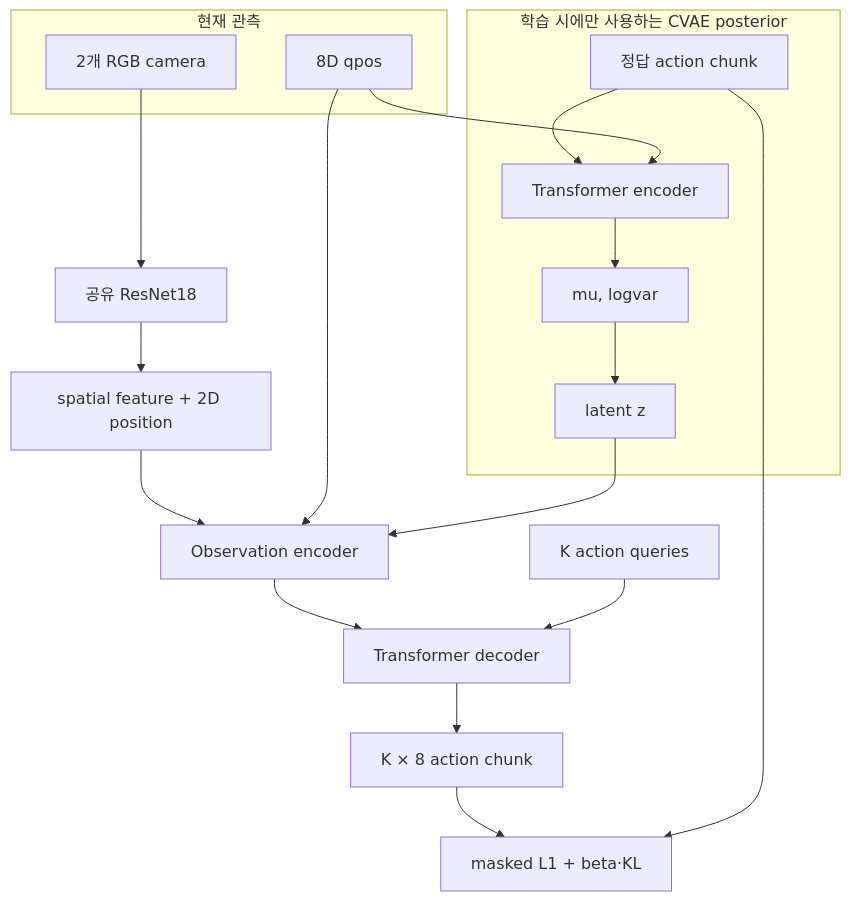
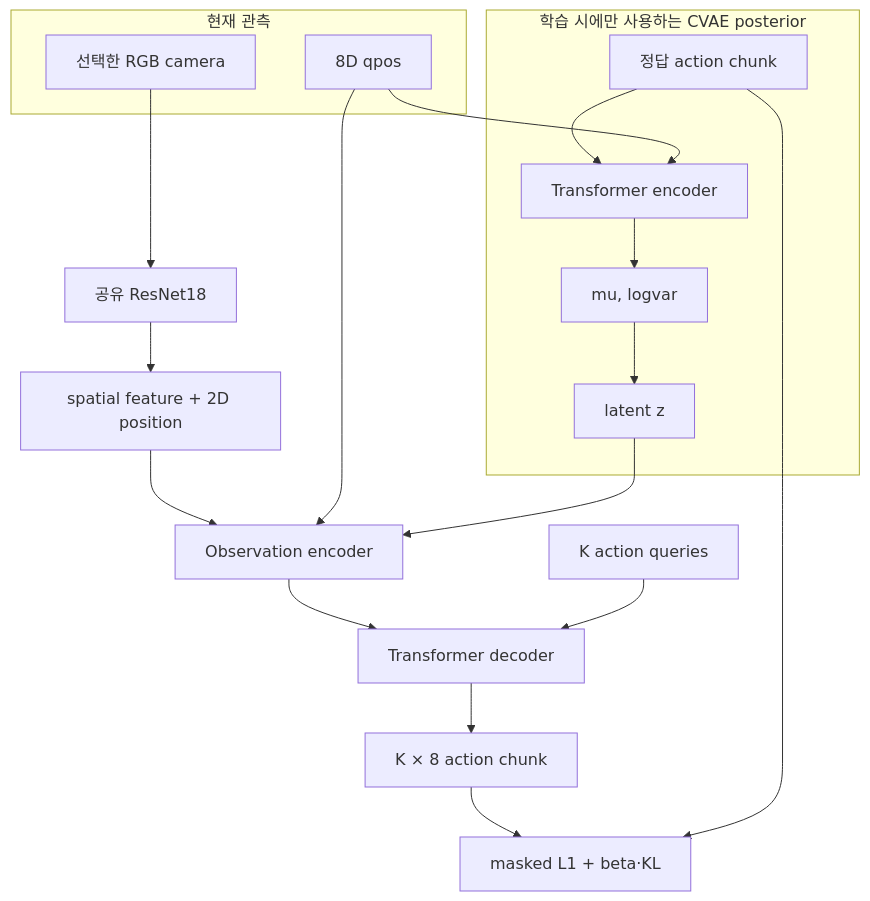
One commit to Geonhee-LEE/aiworker-mj-lab changed the first of 2 diagrams in docs/guide/il/act.md. Above: the diagram before and after it, drawn with Mermaid. The commit also changed other lines of this file and 114 other files, not shown here.

````diff
--- a/docs/guide/il/act.md
+++ b/docs/guide/il/act.md
@@ -39,25 +39,25 @@
 ```mermaid
 flowchart TB
     subgraph Observation["현재 관측"]
-        RGB["2개 RGB camera"]
+        RGB["선택한 RGB camera"]
         Q["8D qpos"]
     end
     RGB --> R["공유 ResNet18"]
     R --> S["spatial feature + 2D position"]
 
     subgraph Posterior["학습 시에만 사용하는 CVAE posterior"]
         GT["정답 action chunk"] --> PENC["Transformer encoder"]
         Q --> PENC
         PENC --> DIST["mu, logvar"]
         DIST --> Z["latent z"]
     end
 
     S --> OENC["Observation encoder"]
     Q --> OENC
     Z --> OENC
     OENC --> DEC["Transformer decoder"]
     QUERY["K action queries"] --> DEC
     DEC --> OUT["K × 8 action chunk"]
     OUT --> LOSS["masked L1 + beta·KL"]
     GT --> LOSS
 ```
````
